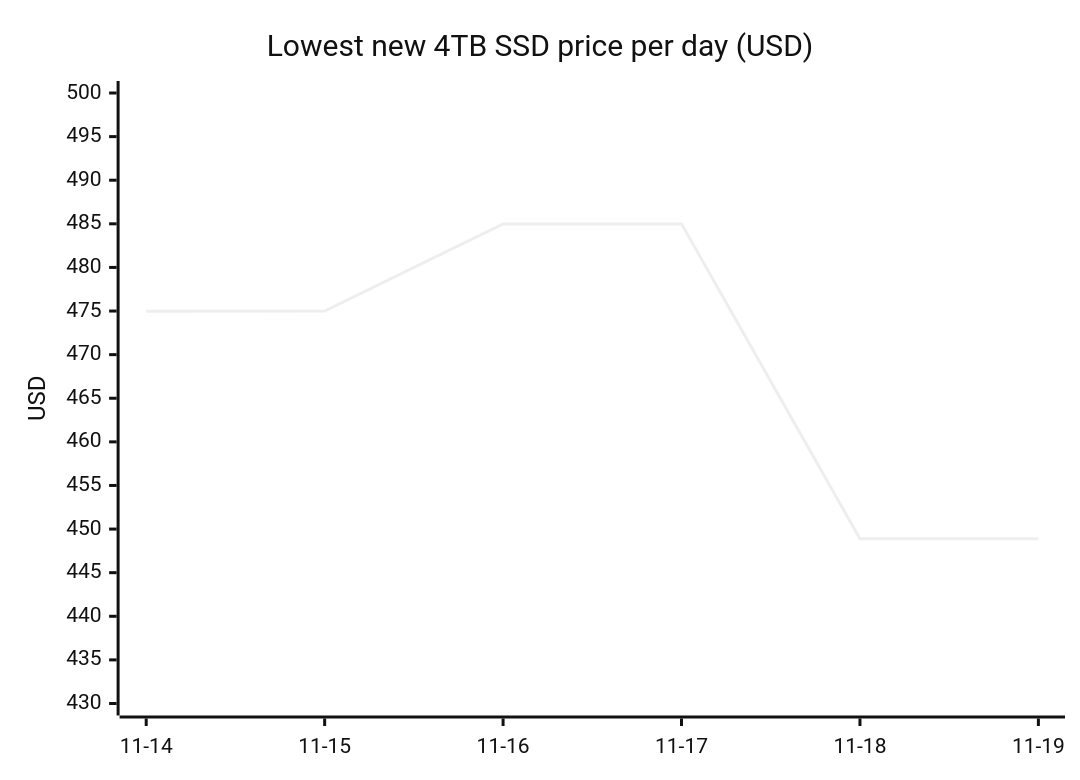
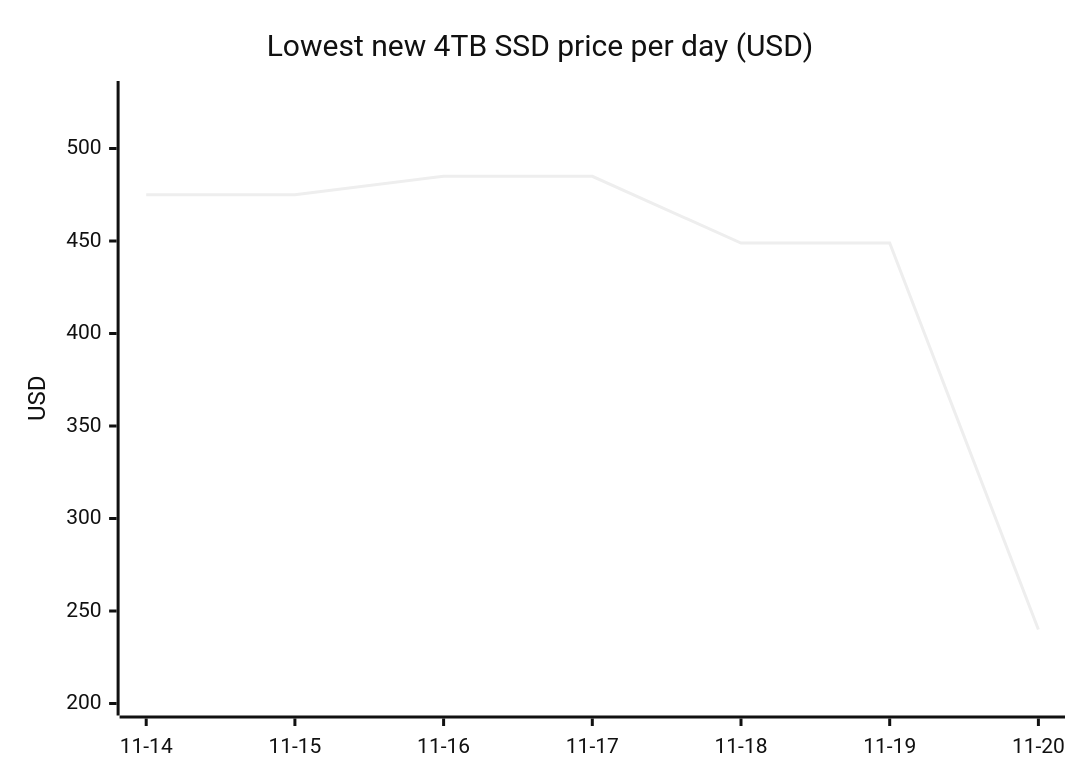
One commit to 7324136828/4tb_ssd_price_watch changed the first of 18 diagrams in README.md. Above: the diagram before and after it, drawn with Mermaid (neutral theme). The commit also changed other lines of this file, not shown here.

````diff
--- a/README.md
+++ b/README.md
@@ -81,7 +81,7 @@
 ```mermaid
 xychart-beta
     title "Lowest new 4TB SSD price per day (USD)"
-    x-axis ["11-14", "11-15", "11-16", "11-17", "11-18", "11-19"]
-    y-axis "USD" 430 --> 500
-    line [474.97, 475.00, 484.99, 484.99, 448.88, 448.88]
+    x-axis ["11-14", "11-15", "11-16", "11-17", "11-18", "11-19", "11-20"]
+    y-axis "USD" 200 --> 530
+    line [474.97, 475.00, 484.99, 484.99, 448.88, 448.88, 239.99]
 ```
````
